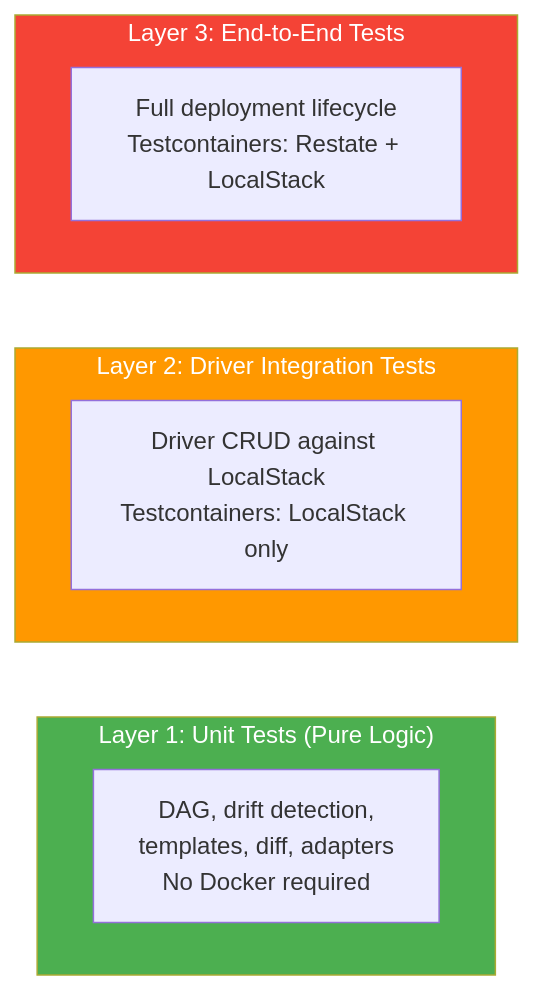
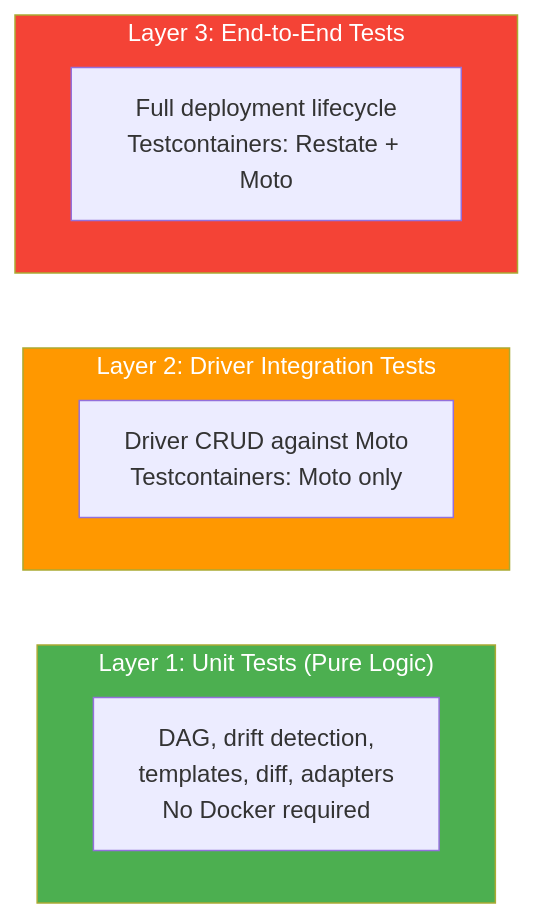
One commit to shirvan/praxis changed the first of 3 diagrams in docs/DEVELOPERS.md. Above: the diagram before and after it, drawn with Mermaid. The commit also changed other lines of this file and 102 other files, not shown here.

````diff
--- a/docs/DEVELOPERS.md
+++ b/docs/DEVELOPERS.md
@@ -344,21 +344,21 @@
 ```mermaid
 graph TD
     subgraph L3["Layer 3: End-to-End Tests"]
-        E2E["Full deployment lifecycle<br/>Testcontainers: Restate + LocalStack"]
+        E2E["Full deployment lifecycle<br/>Testcontainers: Restate + Moto"]
     end
 
     subgraph L2["Layer 2: Driver Integration Tests"]
-        DIT["Driver CRUD against LocalStack<br/>Testcontainers: LocalStack only"]
+        DIT["Driver CRUD against Moto<br/>Testcontainers: Moto only"]
     end
 
     subgraph L1["Layer 1: Unit Tests (Pure Logic)"]
         UT["DAG, drift detection,<br/>templates, diff, adapters<br/>No Docker required"]
     end
 
     L3 ~~~ L2
     L2 ~~~ L1
 
     style L1 fill:#4CAF50,color:#fff
     style L2 fill:#FF9800,color:#fff
     style L3 fill:#F44336,color:#fff
 ```
````
